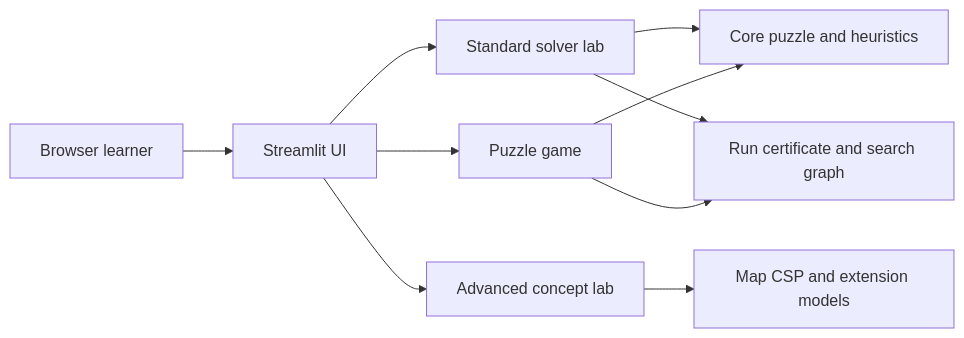
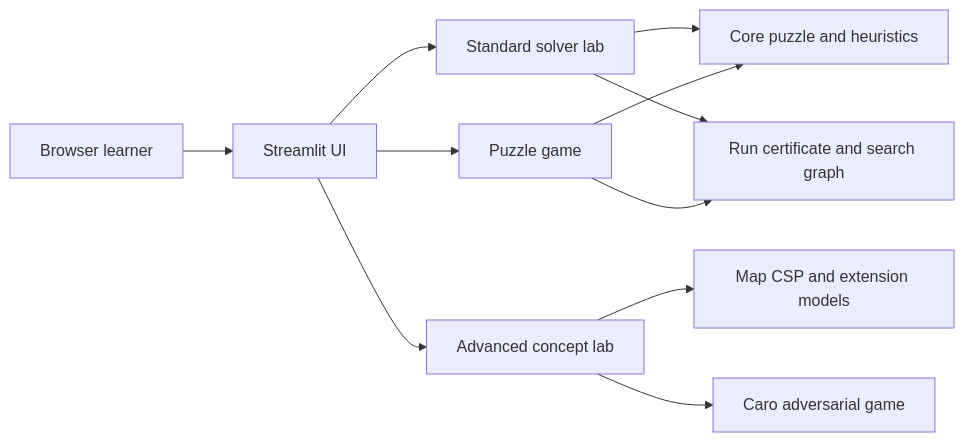
One commit to JasonTM17/AI_Algothrithm_Study_University changed the diagram in docs/system-architecture.md. Above: the diagram before and after it, drawn with Mermaid. The commit also changed other lines of this file and 14 other files, not shown here.

````diff
--- a/docs/system-architecture.md
+++ b/docs/system-architecture.md
@@ -3,12 +3,13 @@
 ```mermaid
 flowchart LR
     U[Browser learner] --> S[Streamlit UI]
     S --> P[Puzzle game]
     S --> R[Standard solver lab]
     S --> A[Advanced concept lab]
     R --> C[Core puzzle and heuristics]
     R --> G[Run certificate and search graph]
     P --> C
     P --> G
     A --> M[Map CSP and extension models]
+    A --> O[Caro adversarial game]
 ```
````
